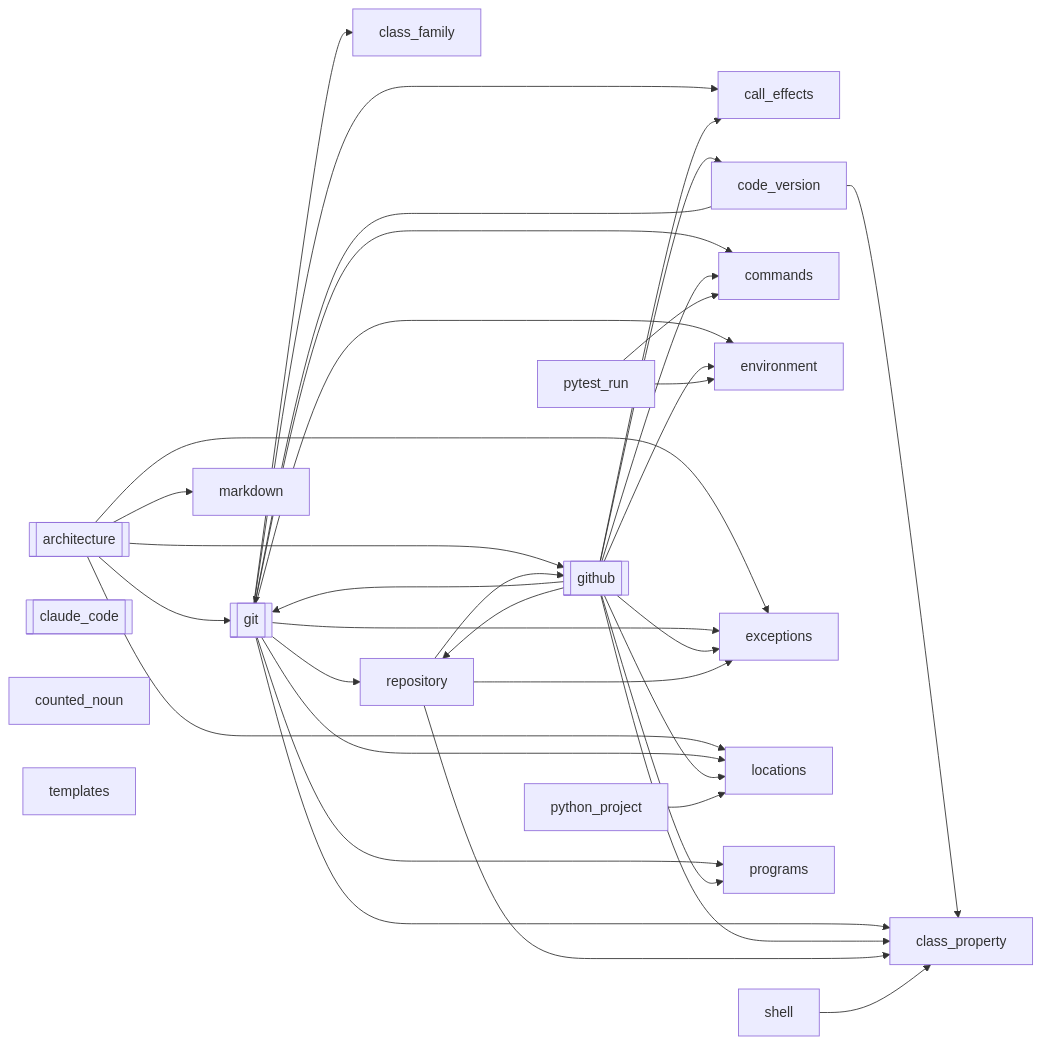
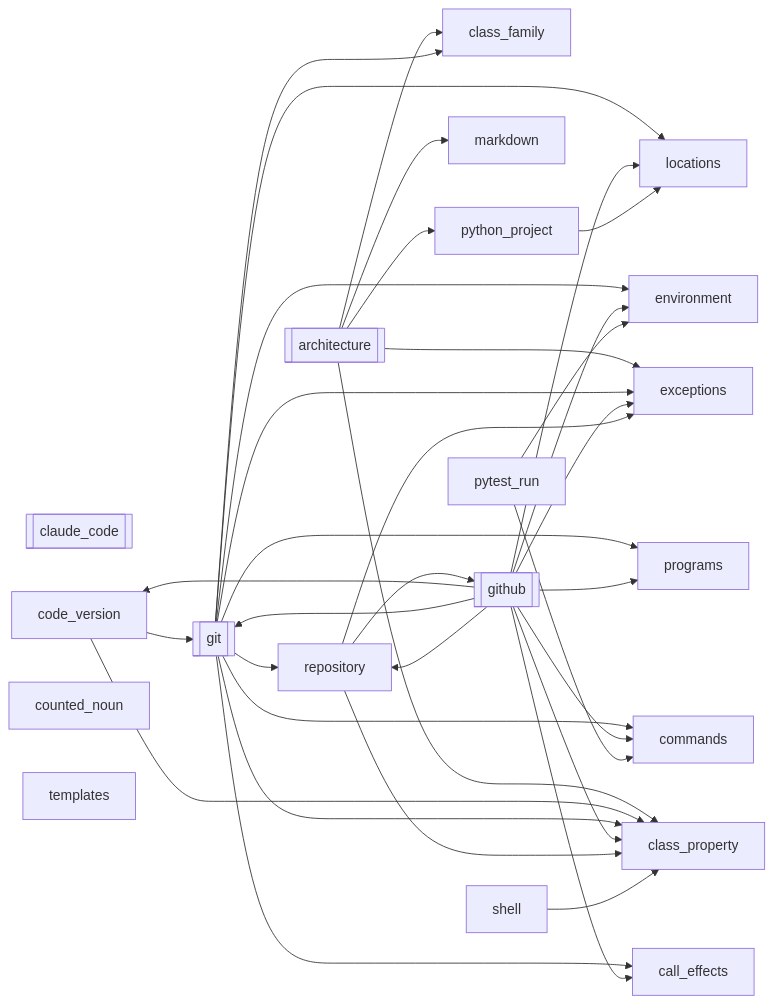
One commit to LucaKro/GitHubWorkflow changed the first of 7 diagrams in domain_model/README.md. Above: the diagram before and after it, drawn with Mermaid. The commit also changed other lines of this file and 34 other files, not shown here.

First line of the commit message:
Declare the architecture diagrams in pyproject.toml and draw any project's

````diff
--- a/domain_model/README.md
+++ b/domain_model/README.md
@@ -20,56 +20,56 @@
 ```mermaid
 flowchart LR
     architecture[["architecture"]]
     call_effects["call_effects"]
     class_family["class_family"]
     class_property["class_property"]
     claude_code[["claude_code"]]
     code_version["code_version"]
     commands["commands"]
     counted_noun["counted_noun"]
     environment["environment"]
     exceptions["exceptions"]
     git[["git"]]
     github[["github"]]
     locations["locations"]
     markdown["markdown"]
     programs["programs"]
     pytest_run["pytest_run"]
     python_project["python_project"]
     repository["repository"]
     shell["shell"]
     templates["templates"]
+    architecture --> class_family
+    architecture --> class_property
     architecture --> exceptions
-    architecture --> git
-    architecture --> github
-    architecture --> locations
     architecture --> markdown
+    architecture --> python_project
     code_version --> class_property
     code_version --> git
     git --> call_effects
     git --> class_family
     git --> class_property
     git --> commands
     git --> environment
     git --> exceptions
     git --> locations
     git --> programs
     git --> repository
     github --> call_effects
     github --> class_property
     github --> code_version
     github --> commands
     github --> environment
     github --> exceptions
     github --> git
     github --> locations
     github --> programs
     github --> repository
     pytest_run --> commands
     pytest_run --> environment
     python_project --> locations
     repository --> class_property
     repository --> exceptions
     repository --> github
     shell --> class_property
 ```
````
